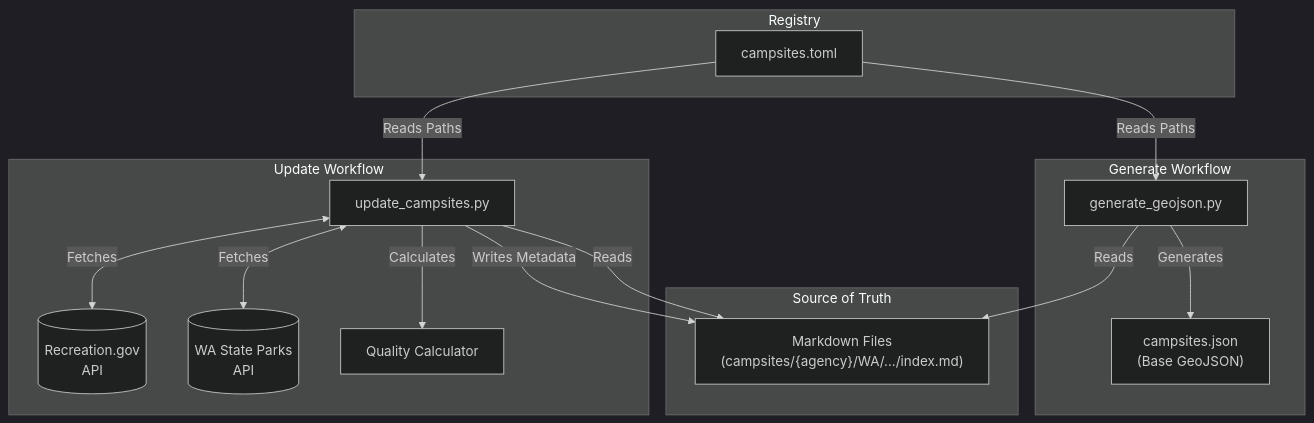
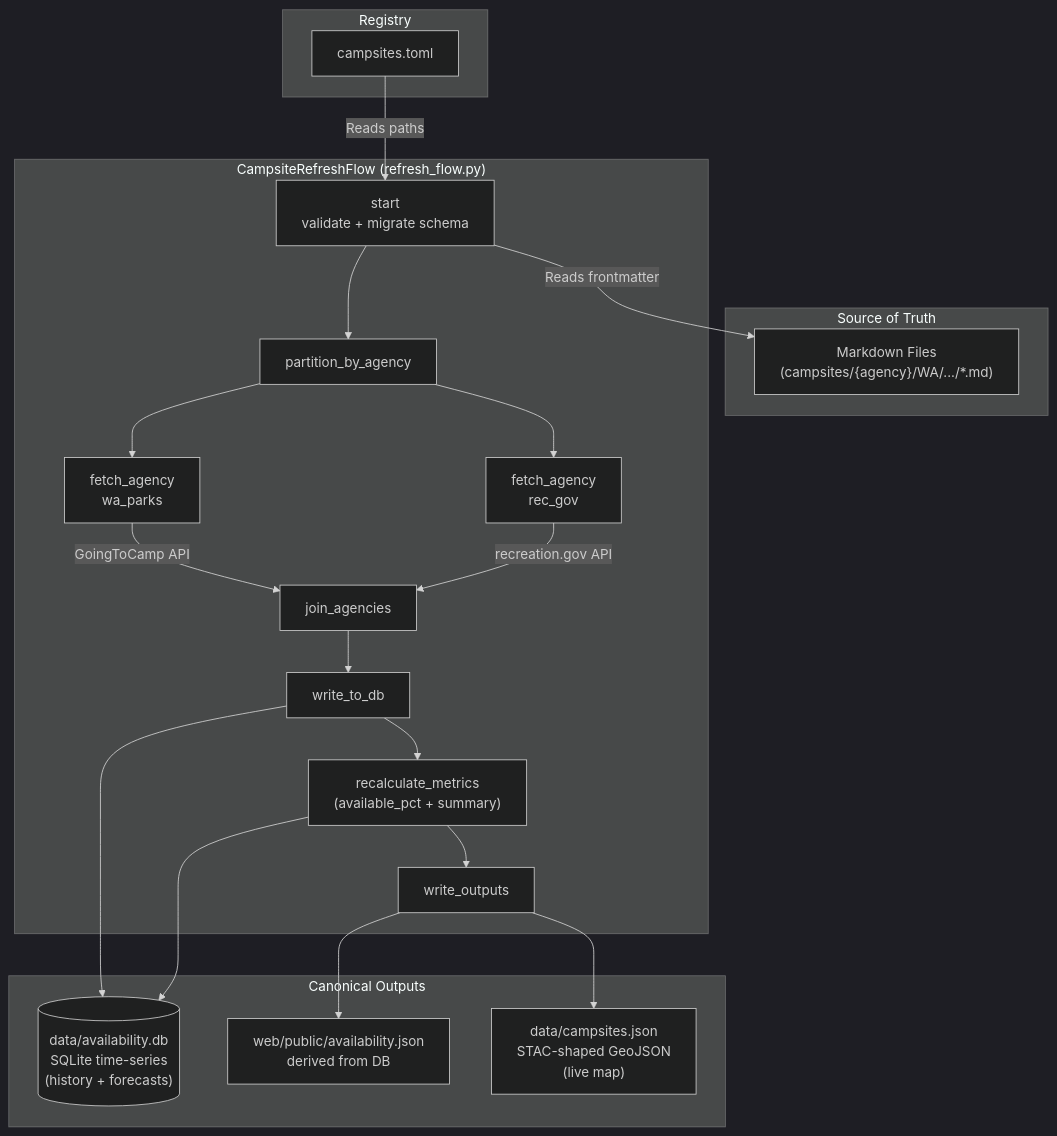
One commit to robogeosociety/robot-geographical-society changed the diagram in data/README.md. Above: the diagram before and after it, drawn with Mermaid (dark theme). The commit also changed other lines of this file, not shown here.

First line of the commit message:
docs(data): refresh README to match the new Metaflow pipeline

````diff
--- a/data/README.md
+++ b/data/README.md
@@ -9,31 +9,43 @@
 ```mermaid
 graph TD
     subgraph Registry["Registry"]
         TOML["campsites.toml"]
     end
 
     subgraph Source["Source of Truth"]
-        MD["Markdown Files<br/>(campsites/{agency}/WA/.../index.md)"]
+        MD["Markdown Files<br/>(campsites/{agency}/WA/.../*.md)"]
     end
 
-    subgraph UpdateWorkflow["Update Workflow"]
-        Updater["update_campsites.py"]
-        RecGov[("Recreation.gov<br/>API")]
-        WAParks[("WA State Parks<br/>API")]
-        Quality["Quality Calculator"]
-        
-        TOML -->|Reads Paths| Updater
-        Updater -->|Reads| MD
-        Updater <-->|Fetches| RecGov
-        Updater <-->|Fetches| WAParks
-        Updater -->|Calculates| Quality
-        Updater -->|Writes Metadata| MD
+    subgraph Refresh["CampsiteRefreshFlow (refresh_flow.py)"]
+        Start["start<br/>validate + migrate schema"]
+        Partition["partition_by_agency"]
+        Rec["fetch_agency<br/>rec_gov"]
+        Wa["fetch_agency<br/>wa_parks"]
+        Join["join_agencies"]
+        Write["write_to_db"]
+        Recalc["recalculate_metrics<br/>(available_pct + summary)"]
+        Out["write_outputs"]
+
+        TOML -->|Reads paths| Start
+        Start -->|Reads frontmatter| MD
+        Start --> Partition
+        Partition --> Rec
+        Partition --> Wa
+        Rec -->|recreation.gov API| Join
+        Wa -->|GoingToCamp API| Join
+        Join --> Write
+        Write --> Recalc
+        Recalc --> Out
     end
 
-    subgraph GenerateWorkflow["Generate Workflow"]
-        Sync["generate_geojson.py"]
-        TOML -->|Reads Paths| Sync
-        Sync -->|Reads| MD
-        Sync -->|Generates| JSON["campsites.json<br/>(Base GeoJSON)"]
+    subgraph Outputs["Canonical Outputs"]
+        GeoJSON["data/campsites.json<br/>STAC-shaped GeoJSON<br/>(live map)"]
+        DB[("data/availability.db<br/>SQLite time-series<br/>(history + forecasts)")]
+        AvailJSON["web/public/availability.json<br/>derived from DB"]
     end
+
+    Out --> GeoJSON
+    Write --> DB
+    Recalc --> DB
+    Out --> AvailJSON
 ```
````
